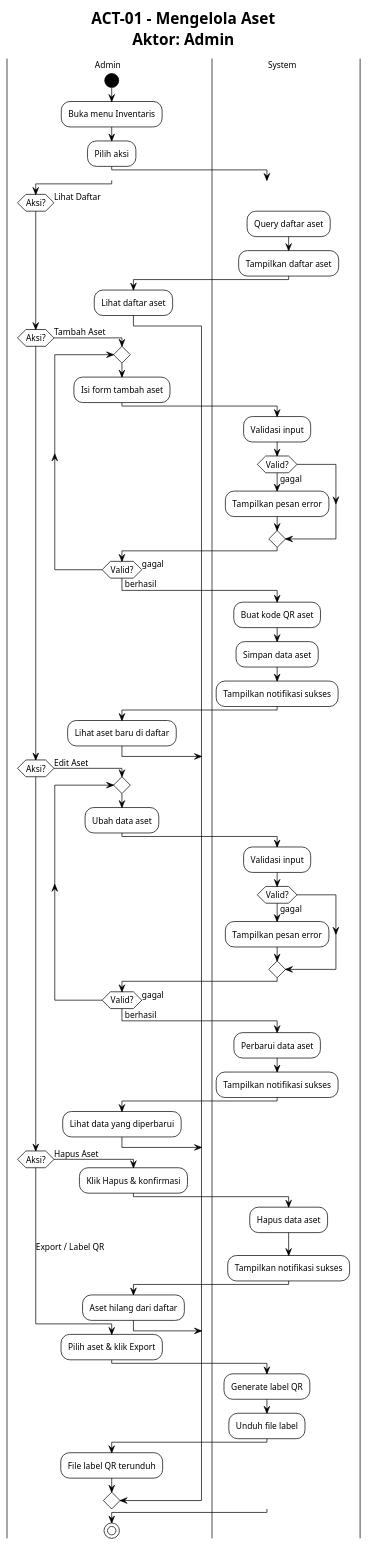
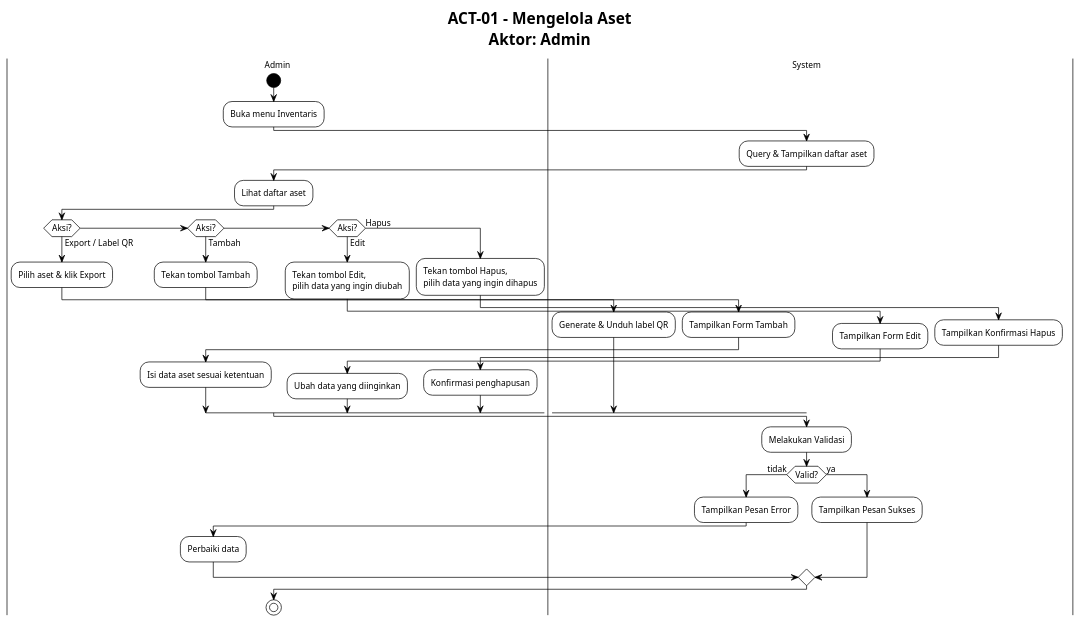
Before and after one commit to Habiboys/SILAB-DSI: the diagram in docs/inventaris/activity/ACT_01_MENGELOLA_ASET.puml, drawn with PlantUML. The commit also changed 170 other files, not shown here.

```diff
--- a/docs/inventaris/activity/ACT_01_MENGELOLA_ASET.puml
+++ b/docs/inventaris/activity/ACT_01_MENGELOLA_ASET.puml
@@ -1,84 +1,64 @@
 @startuml ACT_01_MENGELOLA_ASET
 !theme plain
-!pragma useVerticalIf on
 scale max 1600 width
 skinparam wrapWidth 200
 skinparam defaultFontSize 12
-skinparam swimlaneWidth 220
+skinparam swimlaneWidth 260
 skinparam ActivityStartColor black
 skinparam ActivityEndColor black
 
 title ACT-01 - Mengelola Aset\nAktor: Admin
 
 |Admin|
 |System|
 
 |Admin|
 start
 :Buka menu Inventaris;
-:Pilih aksi;
+|System|
+:Query & Tampilkan daftar aset;
+|Admin|
+:Lihat daftar aset;
 
-if (Aksi?) then (Lihat Daftar)
-  |System|
-  :Query daftar aset;
-  :Tampilkan daftar aset;
-  |Admin|
-  :Lihat daftar aset;
-
-elseif (Aksi?) then (Tambah Aset)
-  |Admin|
-  repeat
-    :Isi form tambah aset;
-    |System|
-    :Validasi input;
-    if (Valid?) then (gagal)
-      :Tampilkan pesan error;
-    endif
-    |Admin|
-  repeat while (Valid?) is (gagal) not (berhasil)
-  |System|
-  :Buat kode QR aset;
-  :Simpan data aset;
-  :Tampilkan notifikasi sukses;
-  |Admin|
-  :Lihat aset baru di daftar;
-
-elseif (Aksi?) then (Edit Aset)
-  |Admin|
-  repeat
-    :Ubah data aset;
-    |System|
-    :Validasi input;
-    if (Valid?) then (gagal)
-      :Tampilkan pesan error;
-    endif
-    |Admin|
-  repeat while (Valid?) is (gagal) not (berhasil)
-  |System|
-  :Perbarui data aset;
-  :Tampilkan notifikasi sukses;
-  |Admin|
-  :Lihat data yang diperbarui;
-
-elseif (Aksi?) then (Hapus Aset)
-  |Admin|
-  :Klik Hapus & konfirmasi;
-  |System|
-  :Hapus data aset;
-  :Tampilkan notifikasi sukses;
-  |Admin|
-  :Aset hilang dari daftar;
-
-else (Export / Label QR)
-  |Admin|
+if (Aksi?) then (Export / Label QR)
   :Pilih aset & klik Export;
   |System|
-  :Generate label QR;
-  :Unduh file label;
+  :Generate & Unduh label QR;
   |Admin|
-  :File label QR terunduh;
 
+elseif (Aksi?) then (Tambah)
+  :Tekan tombol Tambah;
+  |System|
+  :Tampilkan Form Tambah;
+  |Admin|
+  :Isi data aset sesuai ketentuan;
+
+elseif (Aksi?) then (Edit)
+  :Tekan tombol Edit,\npilih data yang ingin diubah;
+  |System|
+  :Tampilkan Form Edit;
+  |Admin|
+  :Ubah data yang diinginkan;
+
+else (Hapus)
+  :Tekan tombol Hapus,\npilih data yang ingin dihapus;
+  |System|
+  :Tampilkan Konfirmasi Hapus;
+  |Admin|
+  :Konfirmasi penghapusan;
+endif
+
+|System|
+:Melakukan Validasi;
+if (Valid?) then (tidak)
+  :Tampilkan Pesan Error;
+  |Admin|
+  :Perbaiki data;
+  |System|
+else (ya)
+  :Tampilkan Pesan Sukses;
+  |Admin|
 endif
 
 stop
 @enduml
```
